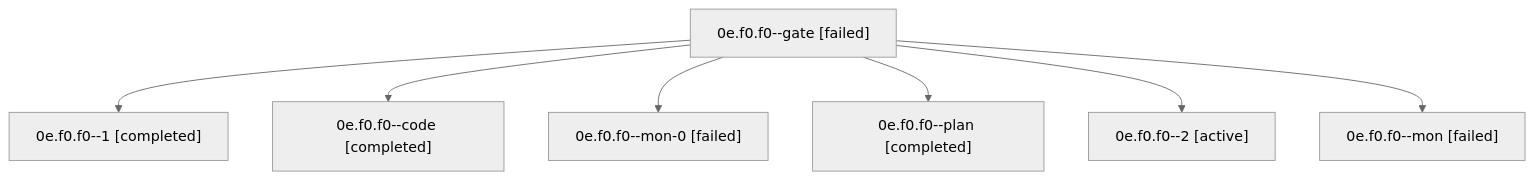
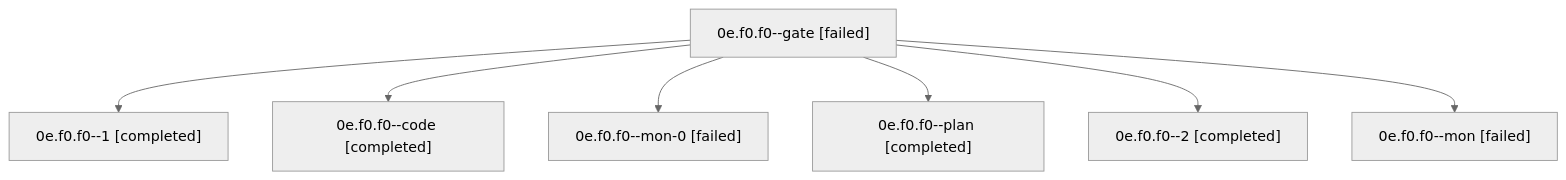
One commit to sase-org/sase--agents changed the diagram in families/bbugyi200.apollo.0e.f0.f0.md. Above: the diagram before and after it, drawn with Mermaid (neutral theme). The commit also changed other lines of this file and 53 other files, not shown here.

````diff
--- a/families/bbugyi200.apollo.0e.f0.f0.md
+++ b/families/bbugyi200.apollo.0e.f0.f0.md
@@ -9,16 +9,16 @@
 ```mermaid
 flowchart TD
   n0["0e.f0.f0--gate [failed]"]
   n1["0e.f0.f0--1 [completed]"]
   n0 --> n1
   n2["0e.f0.f0--code [completed]"]
   n0 --> n2
   n3["0e.f0.f0--mon-0 [failed]"]
   n0 --> n3
   n4["0e.f0.f0--plan [completed]"]
   n0 --> n4
-  n5["0e.f0.f0--2 [active]"]
+  n5["0e.f0.f0--2 [completed]"]
   n0 --> n5
   n6["0e.f0.f0--mon [failed]"]
   n0 --> n6
 ```
````
